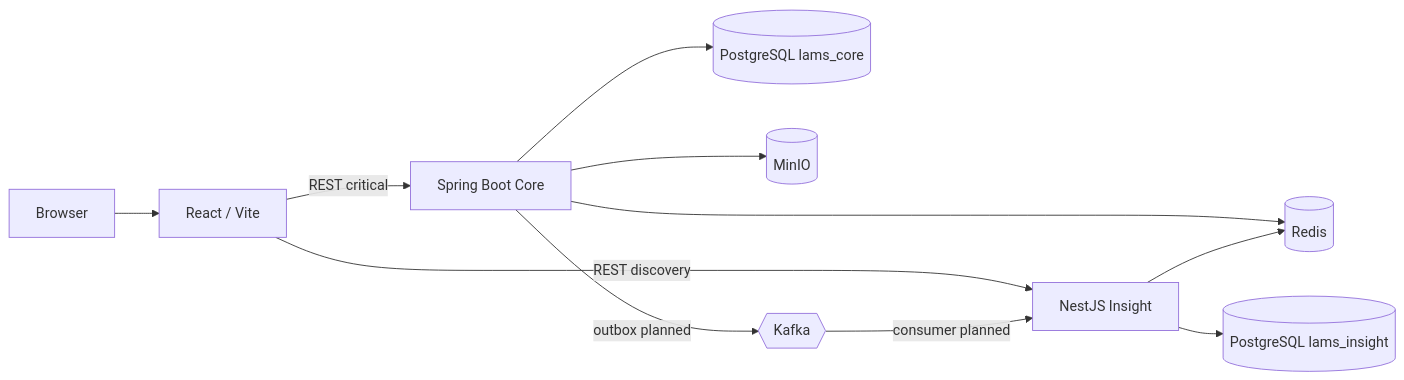
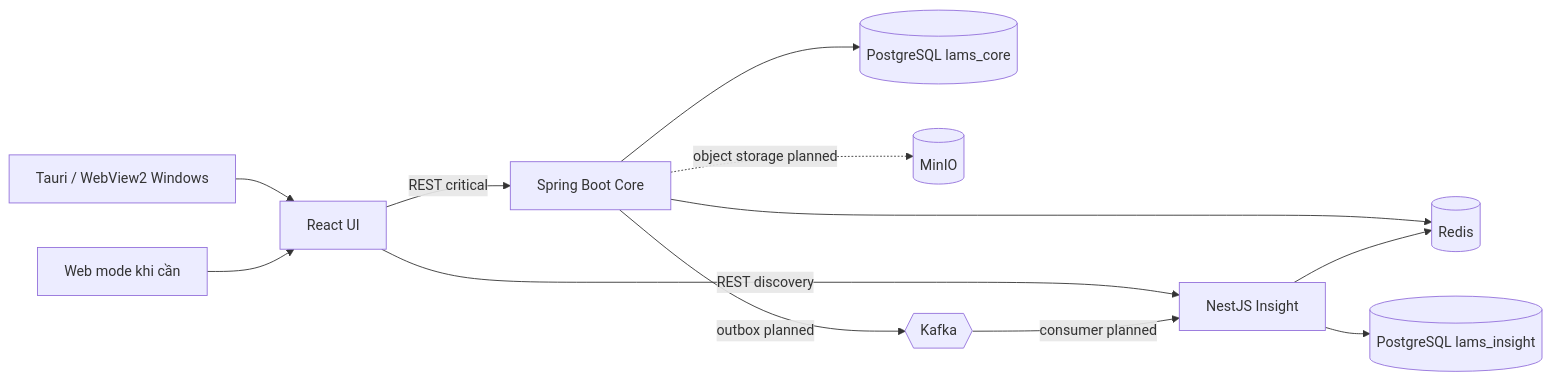
The diagram in tai-lieu/02-kien-truc/container-diagram.md (Shuuma4869/He-thong-quan-ly-va-khai-thac-thu-vien), drawn with Mermaid before and after one commit. The commit also changed other lines of this file and 15 other files, not shown here.

````diff
--- a/tai-lieu/02-kien-truc/container-diagram.md
+++ b/tai-lieu/02-kien-truc/container-diagram.md
@@ -7,13 +7,14 @@
 ```mermaid
 flowchart LR
-  Browser[Browser] --> FE[React / Vite]
+  Desktop[Tauri / WebView2 Windows] --> FE[React UI]
+  Browser[Web mode khi cần] --> FE
   FE -->|REST critical| Core[Spring Boot Core]
   FE -->|REST discovery| Insight[NestJS Insight]
   Core --> CoreDB[(PostgreSQL lams_core)]
   Insight --> InsightDB[(PostgreSQL lams_insight)]
   Core --> Redis[(Redis)]
   Insight --> Redis
-  Core --> MinIO[(MinIO)]
+  Core -.object storage planned.-> MinIO[(MinIO)]
   Core -->|outbox planned| Kafka{{Kafka}}
   Kafka -->|consumer planned| Insight
 ```
````
